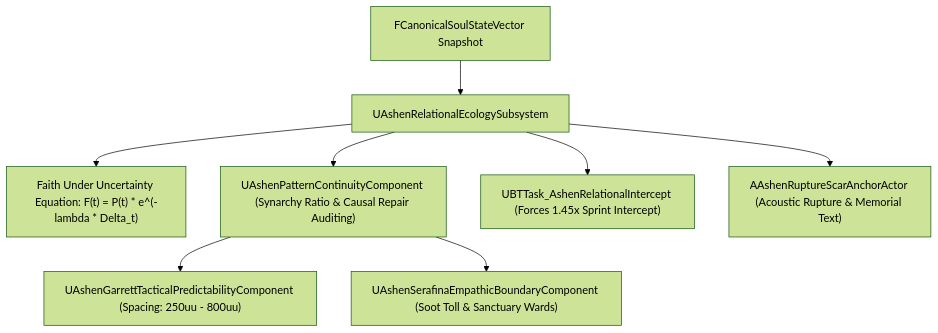
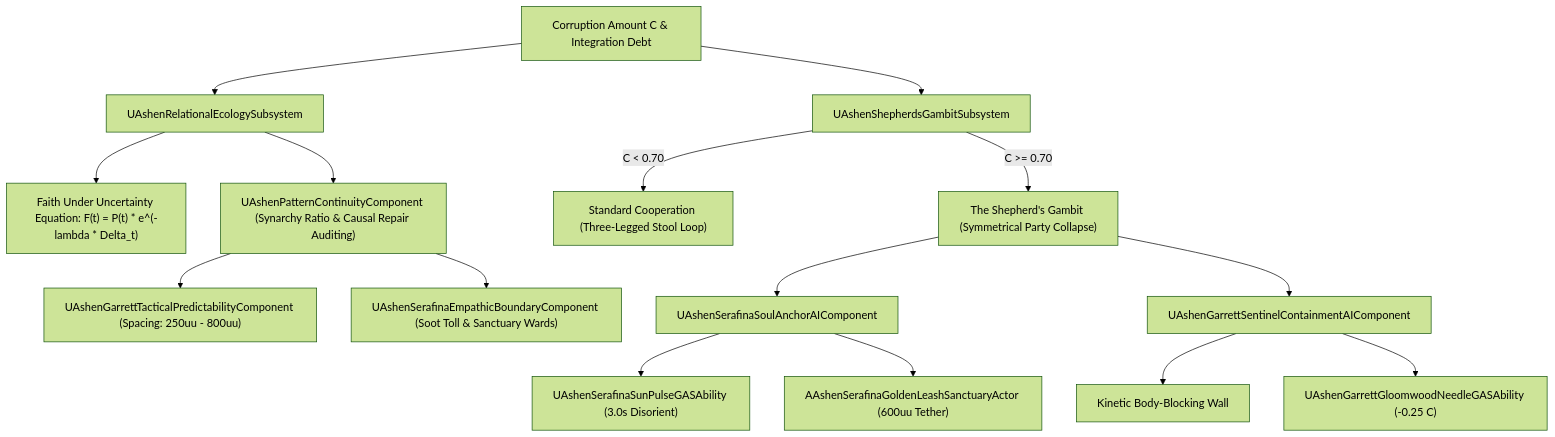
One commit to Icebane84/Ashen-Oath changed the fourth of 9 diagrams in Docs/MASTER_ARCHITECTURE_ATLAS.md. Above: the diagram before and after it, drawn with Mermaid (forest theme). The commit also changed other lines of this file, not shown here.

Commit message:
docs(atlas): Expand Master Architecture Atlas to 8 comprehensive domain maps with full architectural parity

````diff
--- a/Docs/MASTER_ARCHITECTURE_ATLAS.md
+++ b/Docs/MASTER_ARCHITECTURE_ATLAS.md
@@ -179,13 +179,22 @@
 ```mermaid
 graph TD
-    SSV_DATA["FCanonicalSoulStateVector Snapshot"] --> ECOL_SUB["UAshenRelationalEcologySubsystem"]
+    SSV_C["Corruption Amount C & Integration Debt"] --> GAMBIT_SUB["UAshenShepherdsGambitSubsystem"]
+    SSV_C --> ECOL_SUB["UAshenRelationalEcologySubsystem"]
     
     ECOL_SUB --> FAITH["Faith Under Uncertainty Equation: F(t) = P(t) * e^(-lambda * Delta_t)"]
     ECOL_SUB --> PATTERN["UAshenPatternContinuityComponent (Synarchy Ratio & Causal Repair Auditing)"]
     
     PATTERN --> GARR_TAC["UAshenGarrettTacticalPredictabilityComponent (Spacing: 250uu - 800uu)"]
     PATTERN --> SERA_EMP["UAshenSerafinaEmpathicBoundaryComponent (Soot Toll & Sanctuary Wards)"]
     
-    ECOL_SUB --> BT_INTERCEPT["UBTTask_AshenRelationalIntercept (Forces 1.45x Sprint Intercept)"]
-    ECOL_SUB --> RUPTURE_ACTOR["AAshenRuptureScarAnchorActor (Acoustic Rupture & Memorial Text)"]
+    GAMBIT_SUB -->|C < 0.70| COOP["Standard Cooperation (Three-Legged Stool Loop)"]
+    GAMBIT_SUB -->|C >= 0.70| CRISIS["The Shepherd's Gambit (Symmetrical Party Collapse)"]
+    
+    CRISIS --> SERA_AI["UAshenSerafinaSoulAnchorAIComponent"]
+    SERA_AI --> SUN_PULSE["UAshenSerafinaSunPulseGASAbility (3.0s Disorient)"]
+    SERA_AI --> ANCHOR_CAST["AAshenSerafinaGoldenLeashSanctuaryActor (600uu Tether)"]
+    
+    CRISIS --> GARR_AI["UAshenGarrettSentinelContainmentAIComponent"]
+    GARR_AI --> ESCORT["Kinetic Body-Blocking Wall"]
+    GARR_AI --> DAMPENER["UAshenGarrettGloomwoodNeedleGASAbility (-0.25 C)"]
 ```
````
